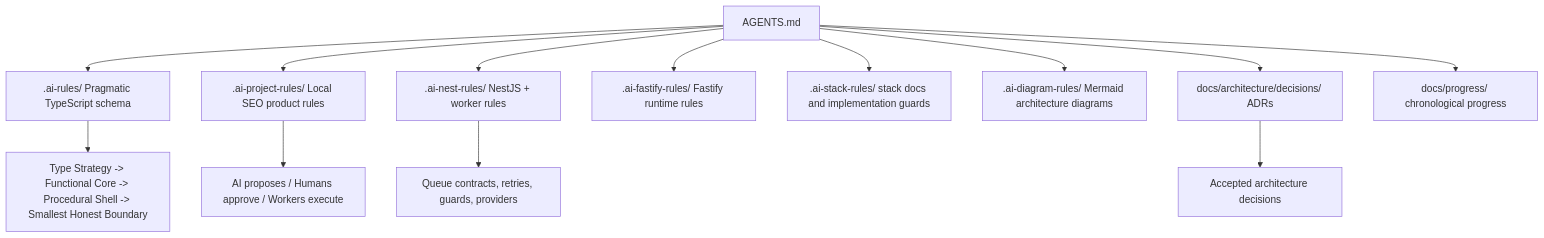
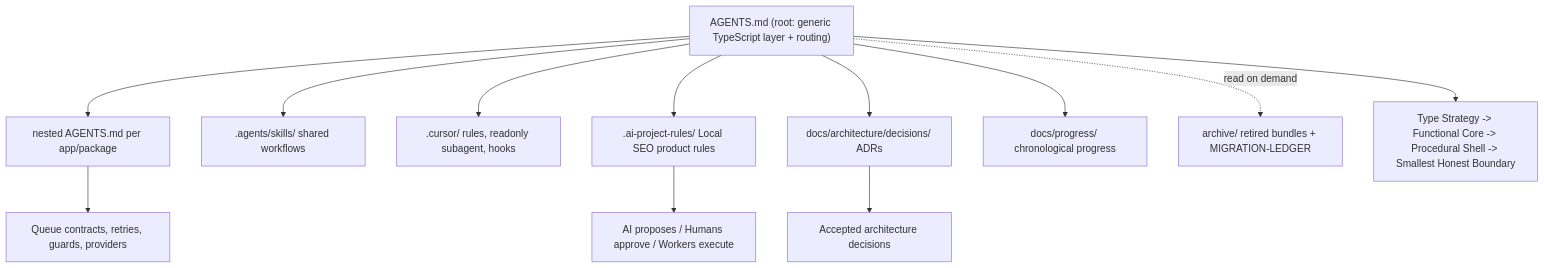
Before and after one commit to mayett515/Seo_automatisation: the fifth of 6 diagrams in README.md, drawn with Mermaid. The commit also changed other lines of this file and 31 other files, not shown here.

````diff
--- a/README.md
+++ b/README.md
@@ -315,16 +315,15 @@
 ```mermaid
 flowchart TD
-  AGENTS["AGENTS.md"] --> TS[".ai-rules/ Pragmatic TypeScript schema"]
+  AGENTS["AGENTS.md (root: generic TypeScript layer + routing)"] --> Nested["nested AGENTS.md per app/package"]
+  AGENTS --> Skills[".agents/skills/ shared workflows"]
+  AGENTS --> CursorL[".cursor/ rules, readonly subagent, hooks"]
   AGENTS --> Product[".ai-project-rules/ Local SEO product rules"]
-  AGENTS --> Nest[".ai-nest-rules/ NestJS + worker rules"]
-  AGENTS --> Fastify[".ai-fastify-rules/ Fastify runtime rules"]
-  AGENTS --> Stack[".ai-stack-rules/ stack docs and implementation guards"]
-  AGENTS --> Diagram[".ai-diagram-rules/ Mermaid architecture diagrams"]
   AGENTS --> ADR["docs/architecture/decisions/ ADRs"]
   AGENTS --> Progress["docs/progress/ chronological progress"]
+  AGENTS -. read on demand .-> Archive["archive/ retired bundles + MIGRATION-LEDGER"]
 
-  TS --> Boundary["Type Strategy -> Functional Core -> Procedural Shell -> Smallest Honest Boundary"]
+  AGENTS --> Boundary["Type Strategy -> Functional Core -> Procedural Shell -> Smallest Honest Boundary"]
   Product --> Control["AI proposes / Humans approve / Workers execute"]
-  Nest --> Jobs["Queue contracts, retries, guards, providers"]
+  Nested --> Jobs["Queue contracts, retries, guards, providers"]
   ADR --> Decisions["Accepted architecture decisions"]
 ```
````
